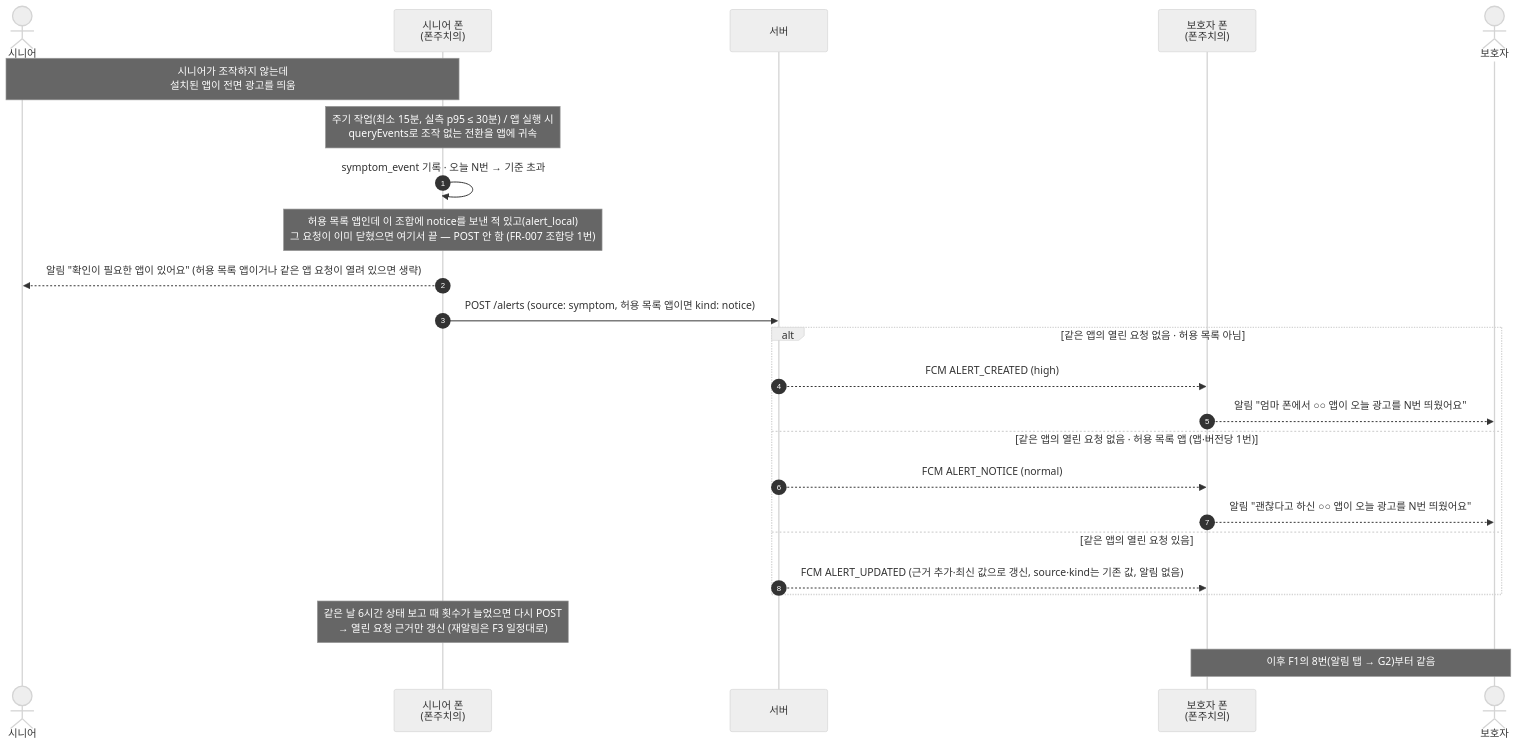
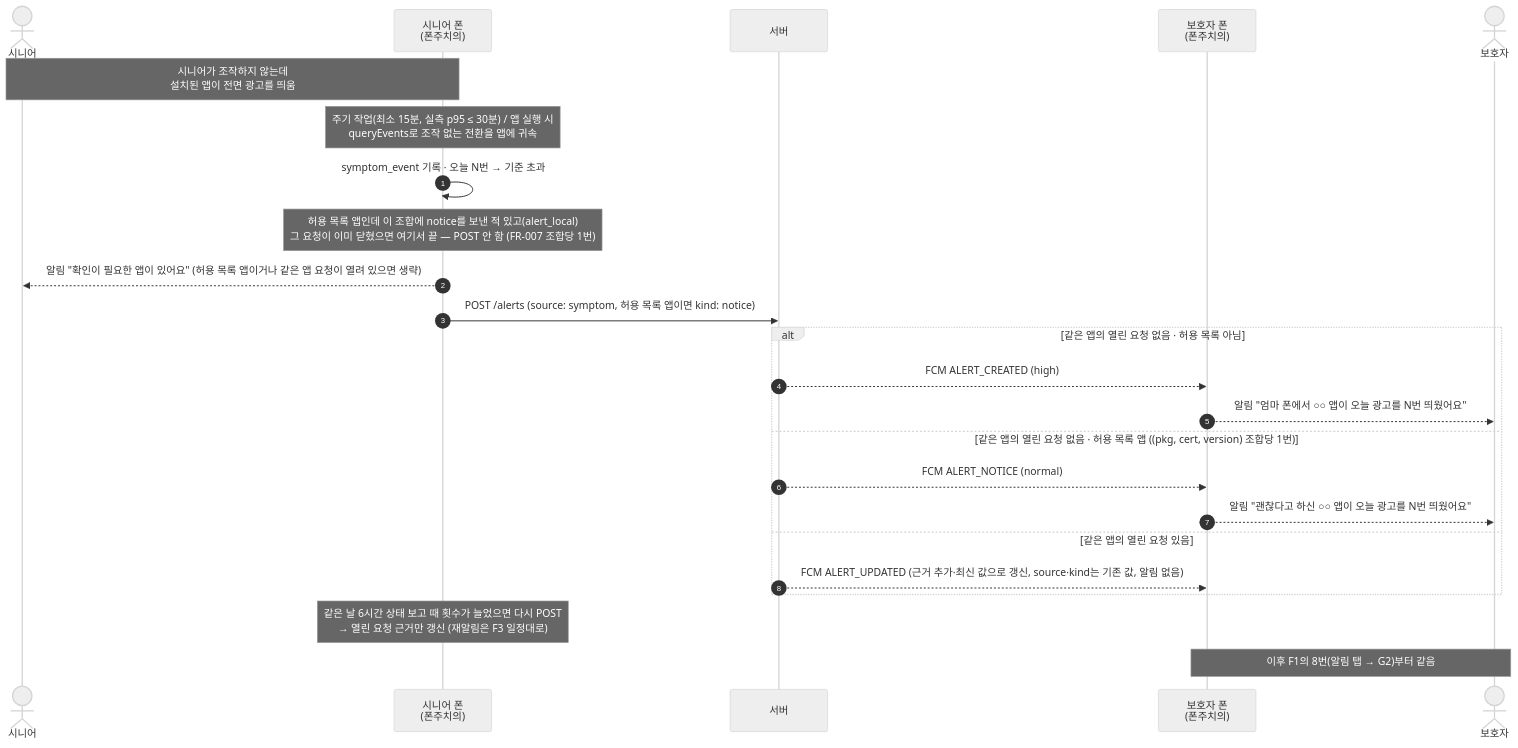
One commit to inq-o/phonedoctor changed the first of 5 diagrams in specs/001-mvp/ux-flows.md. Above: the diagram before and after it, drawn with Mermaid (neutral theme). The commit also changed 3 other files, not shown here.

````diff
--- a/specs/001-mvp/ux-flows.md
+++ b/specs/001-mvp/ux-flows.md
@@ -61,27 +61,27 @@
 ```mermaid
 sequenceDiagram
     autonumber
     actor 시니어
     participant SP as 시니어 폰<br/>(폰주치의)
     participant API as 서버
     participant GP as 보호자 폰<br/>(폰주치의)
     actor 보호자
 
     Note over 시니어,SP: 시니어가 조작하지 않는데<br/>설치된 앱이 전면 광고를 띄움
     Note over SP: 주기 작업(최소 15분, 실측 p95 ≤ 30분) / 앱 실행 시<br/>queryEvents로 조작 없는 전환을 앱에 귀속
     SP->>SP: symptom_event 기록 · 오늘 N번 → 기준 초과
     Note over SP: 허용 목록 앱인데 이 조합에 notice를 보낸 적 있고(alert_local)<br/>그 요청이 이미 닫혔으면 여기서 끝 — POST 안 함 (FR-007 조합당 1번)
     SP-->>시니어: 알림 "확인이 필요한 앱이 있어요" (허용 목록 앱이거나 같은 앱 요청이 열려 있으면 생략)
     SP->>API: POST /alerts (source: symptom, 허용 목록 앱이면 kind: notice)
     alt 같은 앱의 열린 요청 없음 · 허용 목록 아님
         API-->>GP: FCM ALERT_CREATED (high)
         GP-->>보호자: 알림 "엄마 폰에서 ○○ 앱이 오늘 광고를 N번 띄웠어요"
-    else 같은 앱의 열린 요청 없음 · 허용 목록 앱 (앱·버전당 1번)
+    else 같은 앱의 열린 요청 없음 · 허용 목록 앱 ((pkg, cert, version) 조합당 1번)
         API-->>GP: FCM ALERT_NOTICE (normal)
         GP-->>보호자: 알림 "괜찮다고 하신 ○○ 앱이 오늘 광고를 N번 띄웠어요"
     else 같은 앱의 열린 요청 있음
         API-->>GP: FCM ALERT_UPDATED (근거 추가·최신 값으로 갱신, source·kind는 기존 값, 알림 없음)
     end
     Note over SP: 같은 날 6시간 상태 보고 때 횟수가 늘었으면 다시 POST<br/>→ 열린 요청 근거만 갱신 (재알림은 F3 일정대로)
     Note over 보호자,GP: 이후 F1의 8번(알림 탭 → G2)부터 같음
 ```
````
